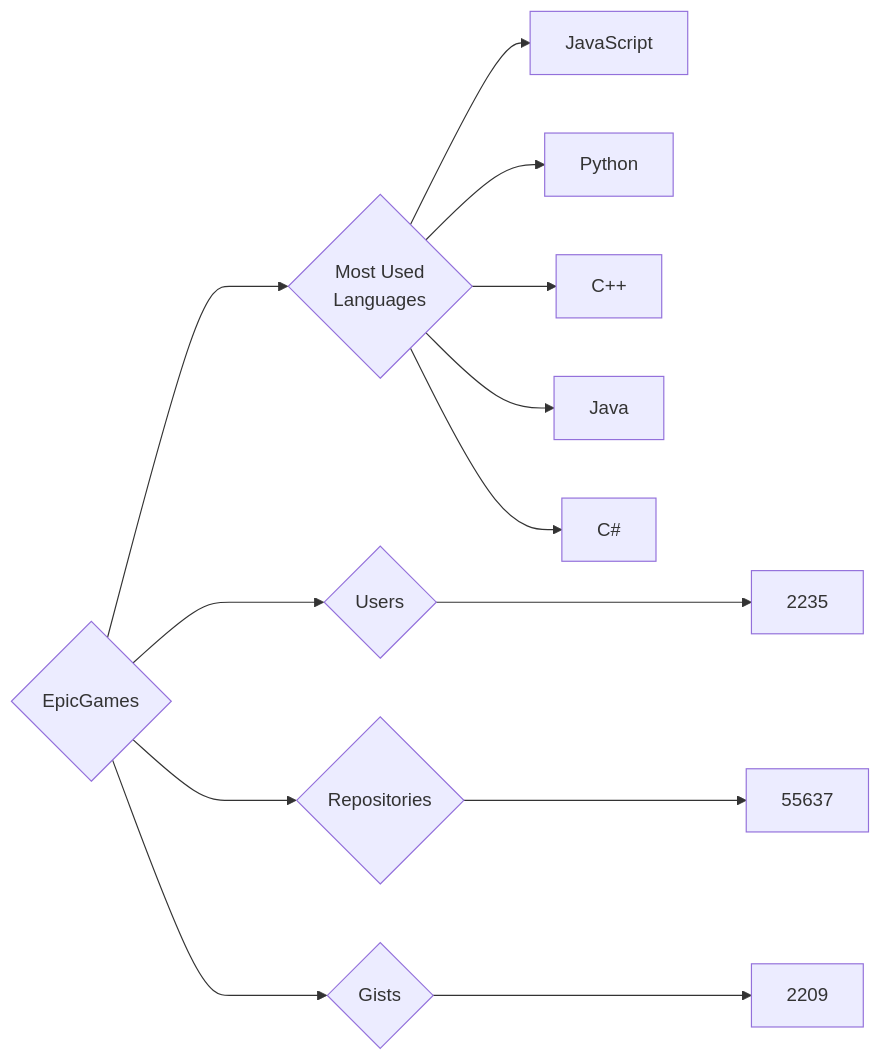
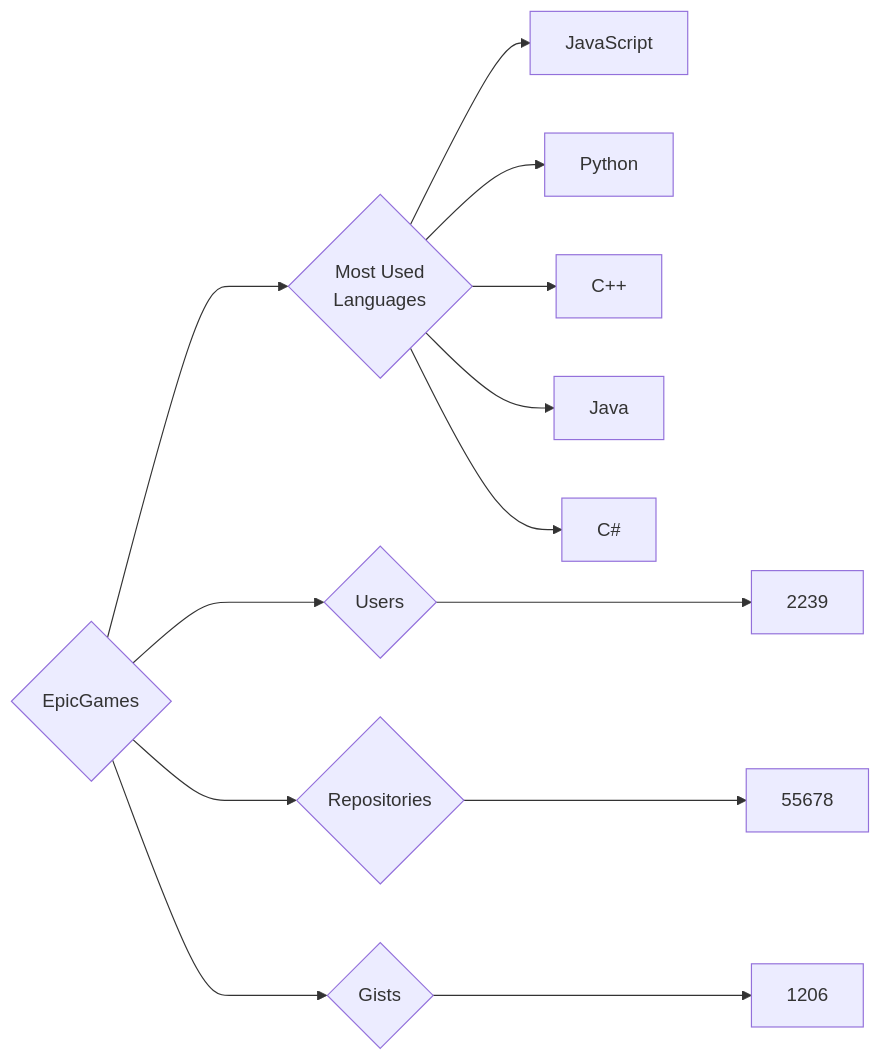
Before and after one commit to trickest/insiders: the diagram in targets/EpicGames/README.md, drawn with Mermaid. The commit also changed 1011 other files, not shown here.

````diff
--- a/targets/EpicGames/README.md
+++ b/targets/EpicGames/README.md
@@ -3,13 +3,13 @@
 ```mermaid
 graph LR
 COMPANY_NAME{EpicGames}
-COMPANY_NAME ---> U{Users} ---> UN[2235]
-COMPANY_NAME ---> R{Repositories} ---> RN[55637]
-COMPANY_NAME ---> G{Gists} ---> GN[2209]
+COMPANY_NAME ---> U{Users} ---> UN[2239]
+COMPANY_NAME ---> R{Repositories} ---> RN[55678]
+COMPANY_NAME ---> G{Gists} ---> GN[1206]
 COMPANY_NAME ---> ML{Most Used<br>Languages}
 ML --> JavaScript[JavaScript]
 ML --> Python[Python]
 ML --> C++[C++]
 ML --> Java[Java]
 ML --> C#[C#]
 ```
````
